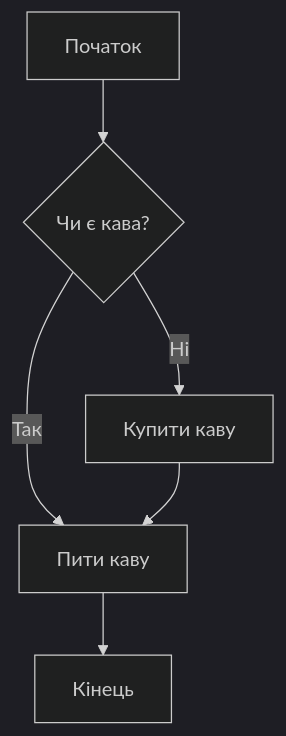
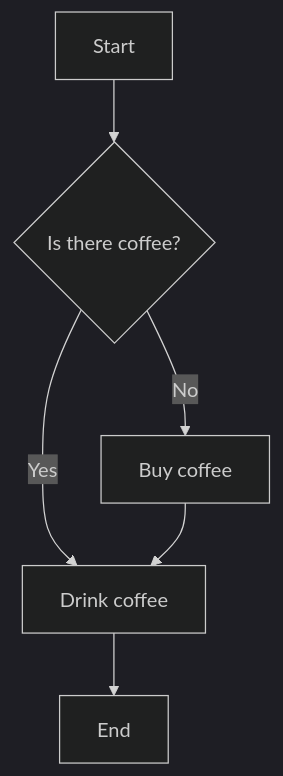
The first of 8 diagrams in Help/Mermaid.md (Andrupavlov/GHDoc-temp), drawn with Mermaid (dark theme) before and after one commit. The commit also changed other lines of this file, not shown here.

````diff
--- a/Help/Mermaid.md
+++ b/Help/Mermaid.md
@@ -21,8 +21,8 @@
 ```mermaid
 graph TD
-    A[Початок] --> B{Чи є кава?}
-    B -->|Так| C[Пити каву]
-    B -->|Ні| D[Купити каву]
-    C --> E[Кінець]
+    A[Start] --> B{Is there coffee?}
+    B -->|Yes| C[Drink coffee]
+    B -->|No| D[Buy coffee]
+    C --> E[End]
     D --> C
 ```
````
